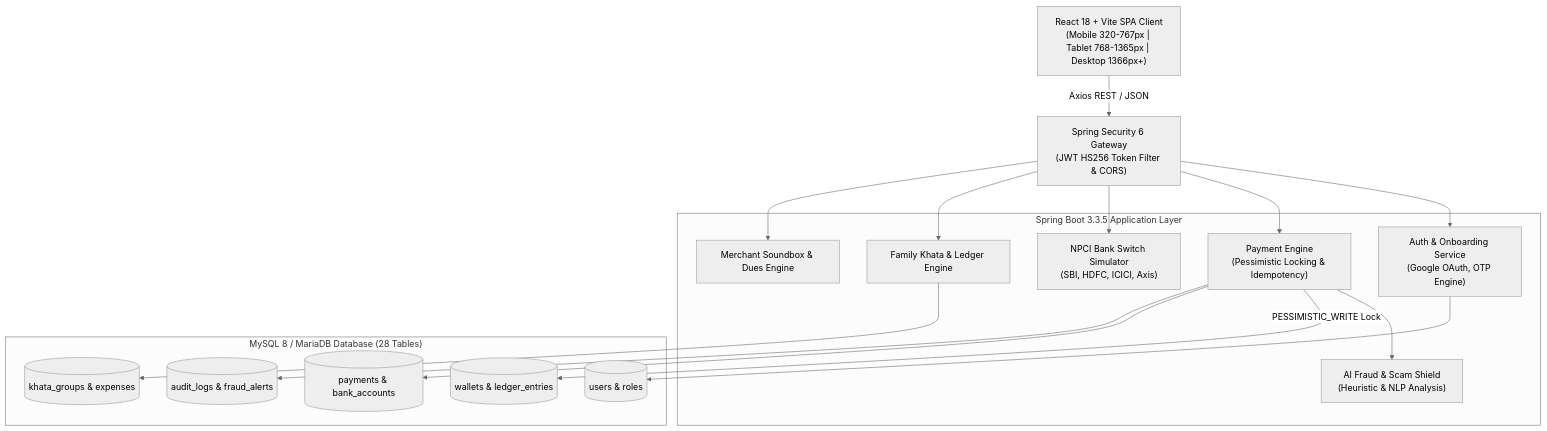
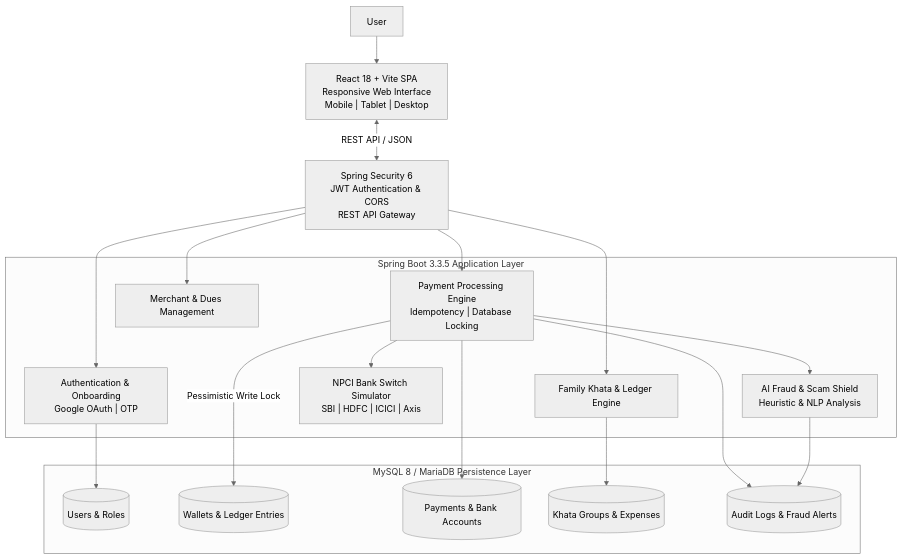
Before and after one commit to ABHI180-hash/SmartPay: the diagram in README.md, drawn with Mermaid (neutral theme). The commit also changed other lines of this file, not shown here.

````diff
--- a/README.md
+++ b/README.md
@@ -70,36 +87,42 @@
 ```mermaid
 flowchart TD
-    Client["React 18 + Vite SPA Client\n(Mobile 320-767px | Tablet 768-1365px | Desktop 1366px+)"]
-    Gateway["Spring Security 6 Gateway\n(JWT HS256 Token Filter & CORS)"]
-    
-    subgraph CoreBackend["Spring Boot 3.3.5 Application Layer"]
-        AuthSvc["Auth & Onboarding Service\n(Google OAuth, OTP Engine)"]
-        PaymentEng["Payment Engine\n(Pessimistic Locking & Idempotency)"]
-        FraudShield["AI Fraud & Scam Shield\n(Heuristic & NLP Analysis)"]
-        BankSim["NPCI Bank Switch Simulator\n(SBI, HDFC, ICICI, Axis)"]
-        KhataSvc["Family Khata & Ledger Engine"]
-        MerchantSvc["Merchant Soundbox & Dues Engine"]
-    end
-    
-    subgraph Persistence["MySQL 8 / MariaDB Database (28 Tables)"]
-        DB_Users[("users & roles")]
-        DB_Wallets[("wallets & ledger_entries")]
-        DB_Txns[("payments & bank_accounts")]
-        DB_Khata[("khata_groups & expenses")]
-        DB_Audit[("audit_logs & fraud_alerts")]
+    User["User"]
+    Client["React 18 + Vite SPA<br/>Responsive Web Interface<br/>Mobile | Tablet | Desktop"]
+    Gateway["Spring Security 6<br/>JWT Authentication & CORS<br/>REST API Gateway"]
+
+    subgraph Backend["Spring Boot 3.3.5 Application Layer"]
+        Auth["Authentication & Onboarding<br/>Google OAuth | OTP"]
+        Payment["Payment Processing Engine<br/>Idempotency | Database Locking"]
+        Fraud["AI Fraud & Scam Shield<br/>Heuristic & NLP Analysis"]
+        Bank["NPCI Bank Switch Simulator<br/>SBI | HDFC | ICICI | Axis"]
+        Khata["Family Khata & Ledger Engine"]
+        Merchant["Merchant & Dues Management"]
     end
 
-    Client -->|Axios REST / JSON| Gateway
-    Gateway --> AuthSvc
-    Gateway --> PaymentEng
-    Gateway --> BankSim
-    Gateway --> KhataSvc
-    Gateway --> MerchantSvc
-    
-    PaymentEng --> FraudShield
-    PaymentEng -->|PESSIMISTIC_WRITE Lock| DB_Wallets
-    PaymentEng --> DB_Txns
-    PaymentEng --> DB_Audit
-    AuthSvc --> DB_Users
-    KhataSvc --> DB_Khata
+    subgraph Database["MySQL 8 / MariaDB Persistence Layer"]
+        Users[("Users & Roles")]
+        Wallets[("Wallets & Ledger Entries")]
+        Transactions[("Payments & Bank Accounts")]
+        KhataDB[("Khata Groups & Expenses")]
+        Audit[("Audit Logs & Fraud Alerts")]
+    end
+
+    User --> Client
+    Client <-->|"REST API / JSON"| Gateway
+
+    Gateway --> Auth
+    Gateway --> Payment
+    Gateway --> Khata
+    Gateway --> Merchant
+
+    Auth --> Users
+
+    Payment --> Fraud
+    Payment --> Bank
+    Payment -->|"Pessimistic Write Lock"| Wallets
+    Payment --> Transactions
+    Payment --> Audit
+
+    Fraud --> Audit
+    Khata --> KhataDB
 ```
````
